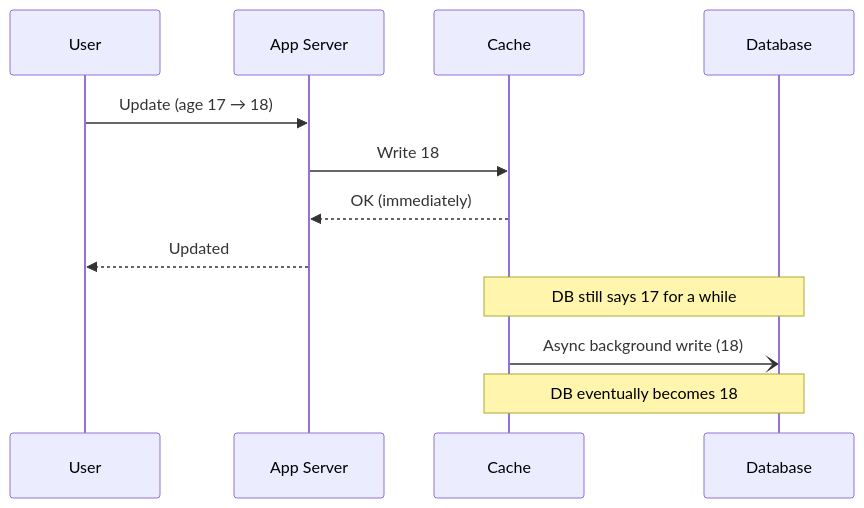
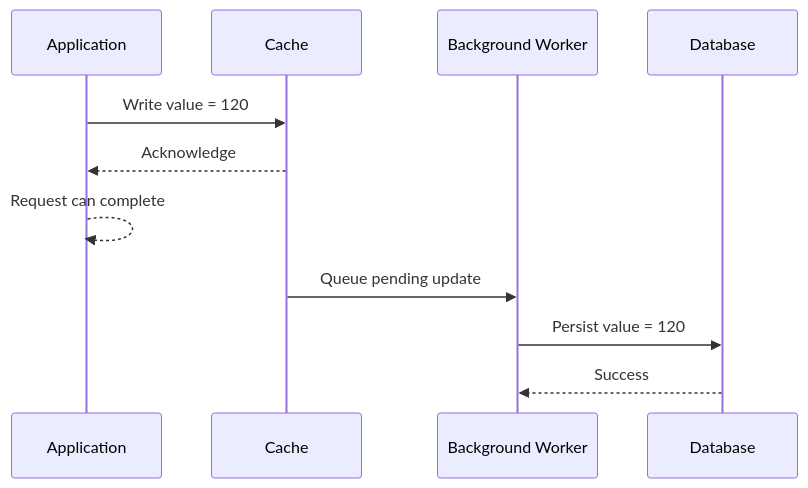
Diagram 11 of 13 in 08_caching/README.md (HARRISAMIN432/system-design-hld), drawn with Mermaid before and after one commit. The commit also changed other lines of this file and 11 other files, not shown here.

````diff
--- a/08_caching/README.md
+++ b/08_caching/README.md
@@ -332,15 +1085,15 @@
 ```mermaid
 sequenceDiagram
-    participant U as User
-    participant A as App Server
+    participant A as Application
     participant K as Cache
+    participant W as Background Worker
     participant D as Database
 
-    U->>A: Update (age 17 → 18)
-    A->>K: Write 18
-    K-->>A: OK (immediately)
-    A-->>U: Updated
-    Note over K,D: DB still says 17 for a while
-    K-)D: Async background write (18)
-    Note over K,D: DB eventually becomes 18
+    A->>K: Write value = 120
+    K-->>A: Acknowledge
+    A-->>A: Request can complete
+
+    K->>W: Queue pending update
+    W->>D: Persist value = 120
+    D-->>W: Success
 ```
````
